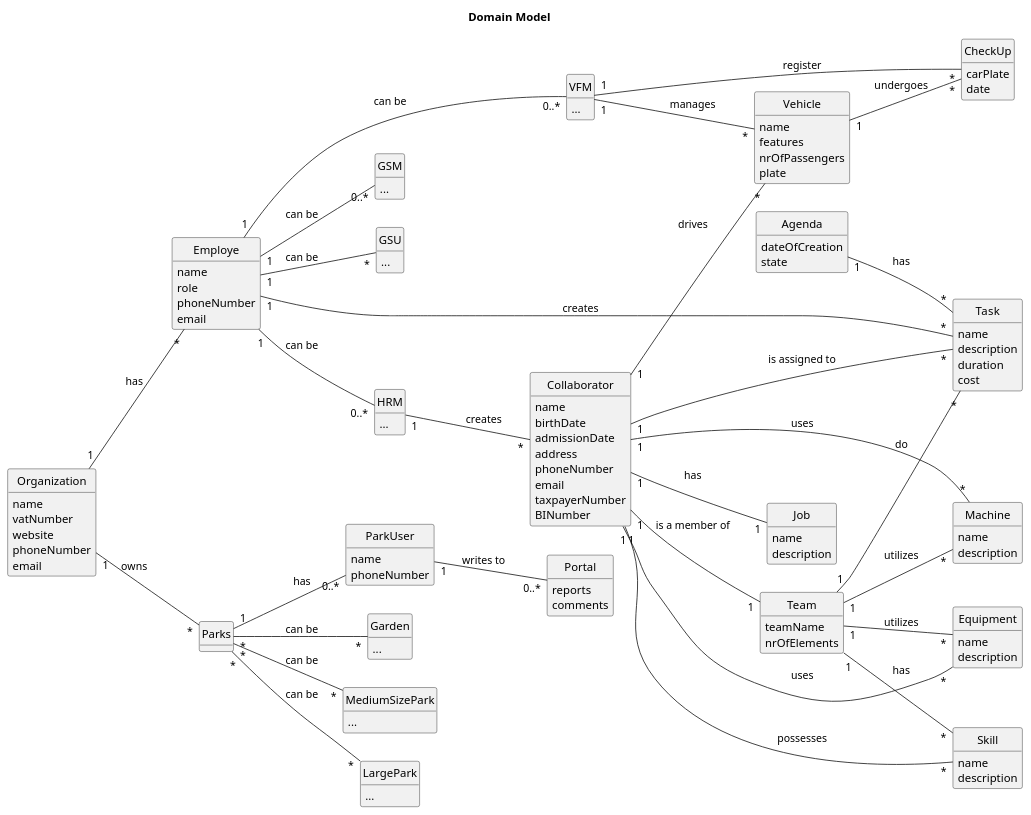
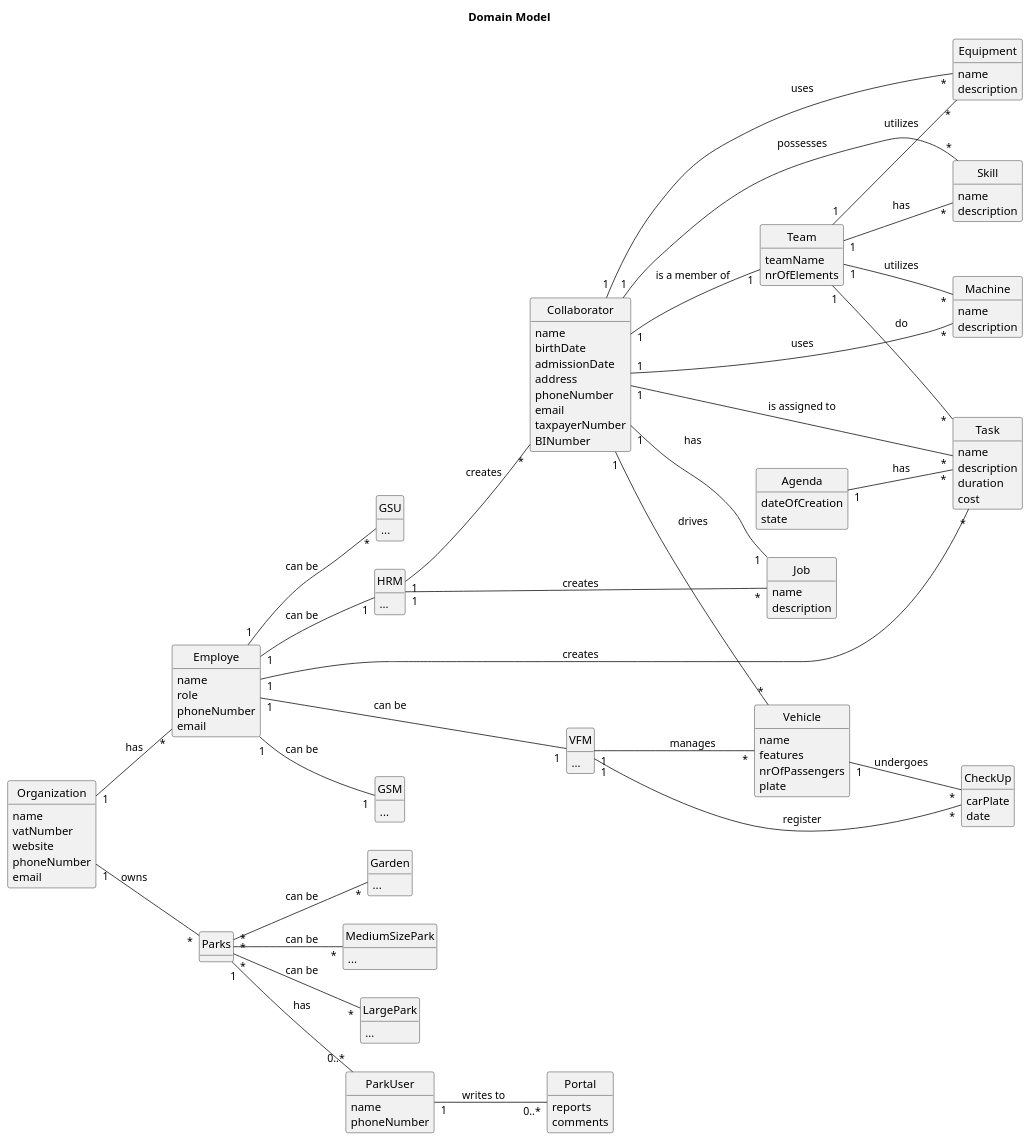
The diagram in docs/sprintA/global-artifacts/02.analysis/puml/project-domain-model.puml (Departamento-de-Engenharia-Informatica/greenspace-management), drawn with PlantUML before and after one commit. The commit also changed 11 other files, not shown here.

```diff
--- a/docs/sprintA/global-artifacts/02.analysis/puml/project-domain-model.puml
+++ b/docs/sprintA/global-artifacts/02.analysis/puml/project-domain-model.puml
@@ -1,169 +1,170 @@
 @startuml
 skinparam monochrome true
 skinparam packageStyle rectangle
 skinparam shadowing false
 skinparam classAttributeIconSize 0
 hide circle
 hide methods
 
 title Domain Model
 
 left to right direction
 
 class Organization {
     name
     vatNumber
     website
     phoneNumber
     email
 }
 
 class Employe {
     name
     role
     phoneNumber
     email
 }
 
 class HRM {
     ...
 }
 
 class VFM {
     ...
 }
 
 class GSM {
     ...
 }
 
 class GSU {
     ...
 }
 
 class Collaborator {
     name
     birthDate
     admissionDate
     address
     phoneNumber
     email
     taxpayerNumber
     BINumber
 }
 
 class Garden {
     ...
 }
 
 class MediumSizePark {
     ...
 }
 
 class LargePark {
     ...
 }
 
 class Parks {
 }
 
 class Task {
     name
     description
     duration
     cost
 }
 
 class Agenda {
     dateOfCreation
     state
 }
 
 class Vehicle {
     name
     features
     nrOfPassengers
     plate
 }
 
 class Machine {
     name
     description
 }
 
 class Equipment {
     name
     description
 }
 
 class Portal {
     reports
     comments
 }
 
 class CheckUp {
     carPlate
     date
 }
 
 class Job {
     name
     description
 }
 
 class Team {
     teamName
     nrOfElements
 }
 
 class Skill {
     name
     description
 }
 
 class ParkUser {
     name
     phoneNumber
 }
 
 
 Organization "1" -- "*" Employe : has
 Organization "1" -- "*" Parks : owns
 
 Employe "1" -- "*" Task : creates
 Employe "1" -- "*" GSU : can be
-Employe "1" -- "0..*" GSM : can be
-Employe "1" -- "0..*" HRM : can be
-Employe "1" -- "0..*" VFM : can be
+Employe "1" -- "1" GSM : can be
+Employe "1" -- "1" HRM : can be
+Employe "1" -- "1" VFM : can be
 
 HRM "1" -- "*" Collaborator : creates
+HRM "1" -- "*" Job : creates
 
 Collaborator "1" -- "1" Job : has
 Collaborator "1" -- "1" Team : is a member of
 Collaborator "1" -- "*" Skill : possesses
 Collaborator "1" -- "*" Task : is assigned to
 Collaborator "1" -- "*" Vehicle : drives
 Collaborator "1" -- "*" Machine : uses
 Collaborator "1" -- "*" Equipment : uses
 
 Team "1" -- "*" Skill : has
 Team "1" -- "*" Task : do
 Team "1" -- "*" Machine : utilizes
 Team "1" -- "*" Equipment : utilizes
 
 
 Agenda "1" -- "*" Task : has
 
 ParkUser "1" -- "0..*" Portal : writes to
 
 Parks "*" -- "*" Garden : can be
 Parks "*" -- "*" MediumSizePark : can be
 Parks "*" -- "*" LargePark : can be
 Parks "1" -- "0..*" ParkUser : has
 
 VFM "1" -- "*" CheckUp: register
 VFM "1" -- "*" Vehicle: manages
 
 Vehicle "1" -- "*" CheckUp : undergoes
 
 @enduml
```
